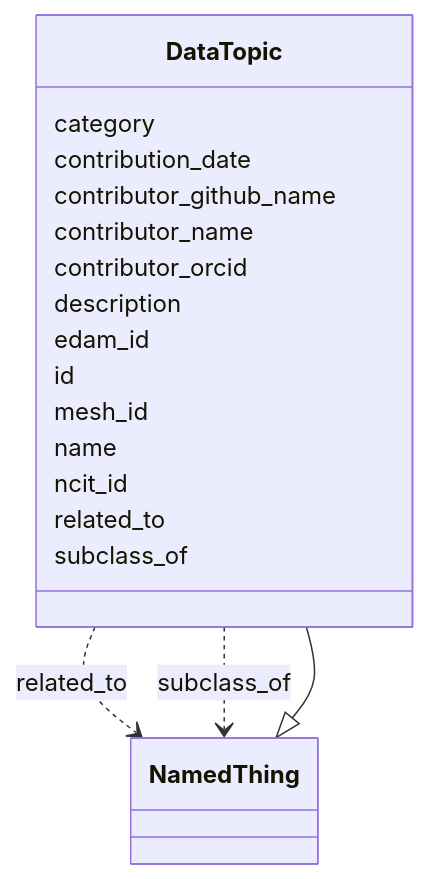
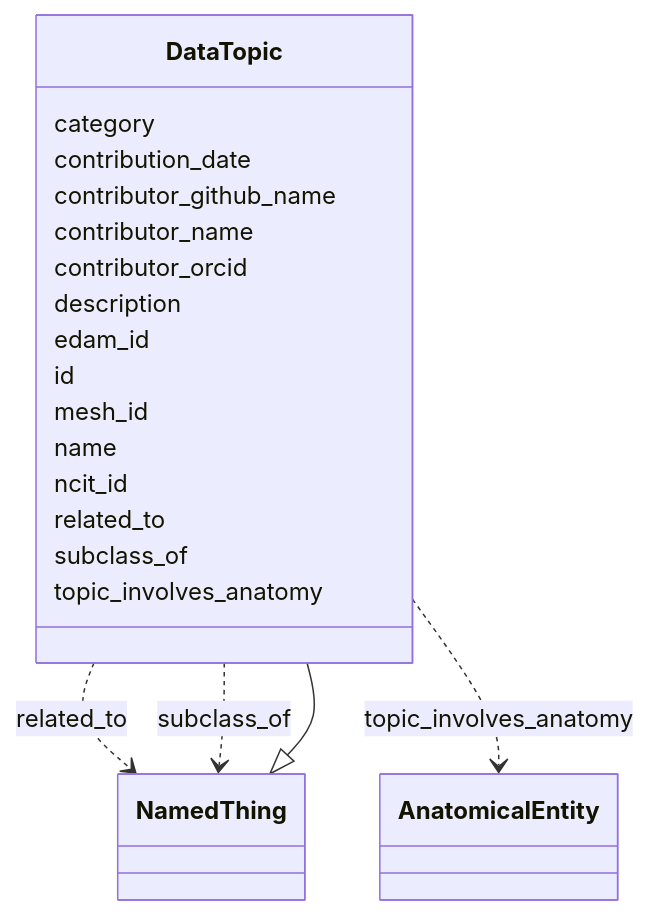
The diagram in docs/DataTopic.md (bridge2ai/standards-schemas), drawn with Mermaid before and after one commit. The commit also changed other lines of this file and 31 other files, not shown here.

````diff
--- a/docs/DataTopic.md
+++ b/docs/DataTopic.md
@@ -11,37 +11,41 @@
 ```mermaid
  classDiagram
     class DataTopic
       NamedThing <|-- DataTopic
       
       DataTopic : category
         
       DataTopic : contribution_date
         
       DataTopic : contributor_github_name
         
       DataTopic : contributor_name
         
       DataTopic : contributor_orcid
         
       DataTopic : description
         
       DataTopic : edam_id
         
       DataTopic : id
         
       DataTopic : mesh_id
         
       DataTopic : name
         
       DataTopic : ncit_id
         
       DataTopic : related_to
         
           DataTopic ..> NamedThing : related_to
         
       DataTopic : subclass_of
         
           DataTopic ..> NamedThing : subclass_of
         
+      DataTopic : topic_involves_anatomy
+        
+          DataTopic ..> AnatomicalEntity : topic_involves_anatomy
+        
       
 ```
````
